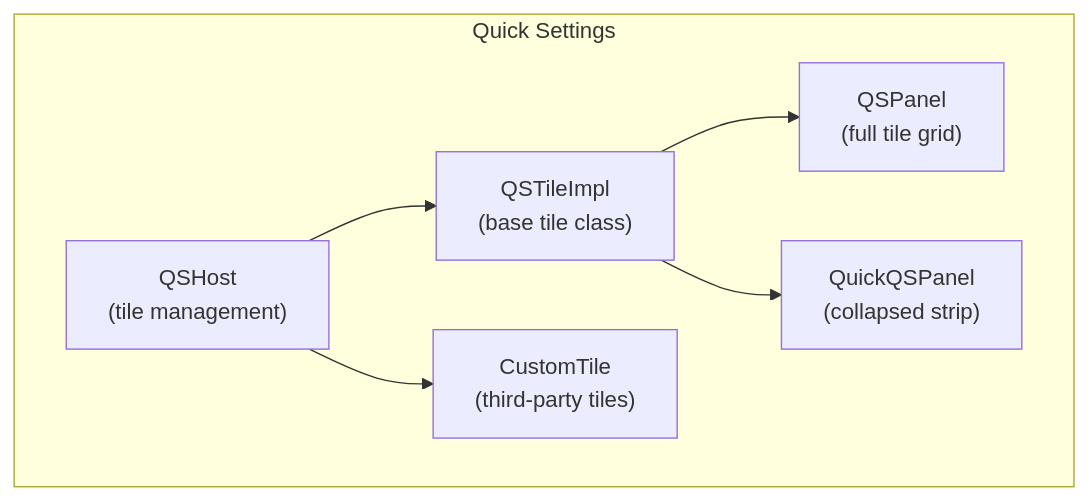
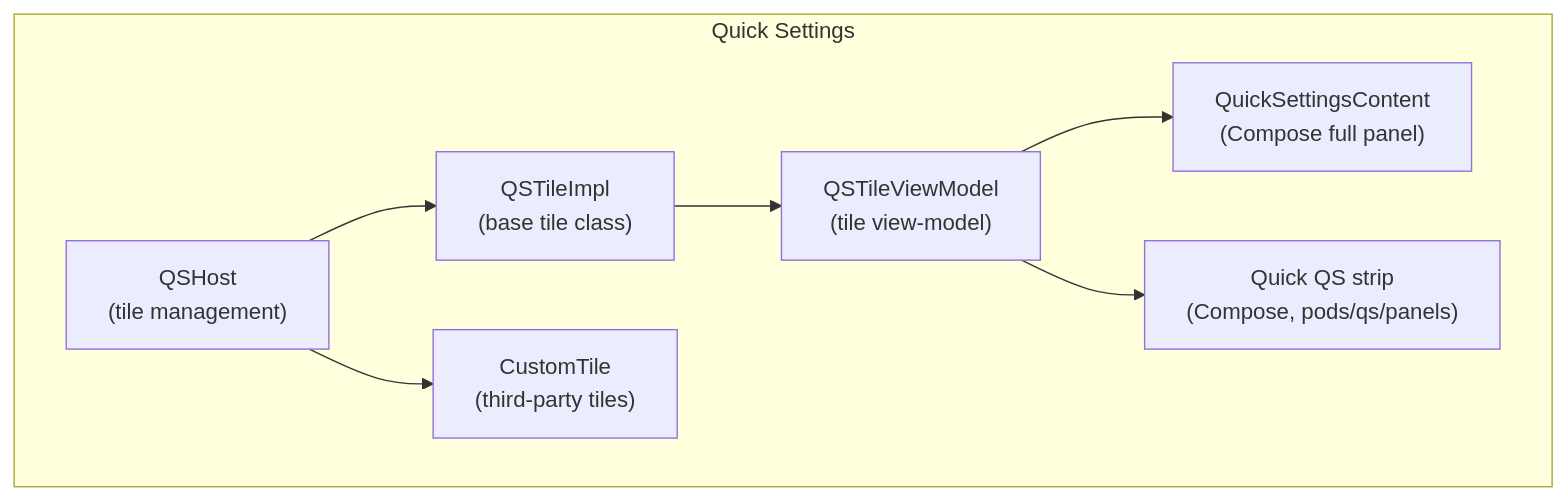
Before and after one commit to aospbooks/aosp-internal-book: the seventh of 31 diagrams in agents/claude/skills/aosp-system-apps/48-systemui.md, drawn with Mermaid. The commit also changed other lines of this file and 218 other files, not shown here.

````diff
--- a/agents/claude/skills/aosp-system-apps/48-systemui.md
+++ b/agents/claude/skills/aosp-system-apps/48-systemui.md
@@ -821,14 +826,16 @@
 ```mermaid
 graph TD
     subgraph "Quick Settings"
         QSHost["QSHost<br/>(tile management)"]
-        QSPanel["QSPanel<br/>(full tile grid)"]
-        QuickQS["QuickQSPanel<br/>(collapsed strip)"]
+        QSContent["QuickSettingsContent<br/>(Compose full panel)"]
+        QuickQS["Quick QS strip<br/>(Compose, pods/qs/panels)"]
         QSTileImpl["QSTileImpl<br/>(base tile class)"]
         CustomTile["CustomTile<br/>(third-party tiles)"]
+        QSVM["QSTileViewModel<br/>(tile view-model)"]
     end
     QSHost --> QSTileImpl
     QSHost --> CustomTile
-    QSTileImpl --> QSPanel
-    QSTileImpl --> QuickQS
+    QSTileImpl --> QSVM
+    QSVM --> QSContent
+    QSVM --> QuickQS
 ```
````
